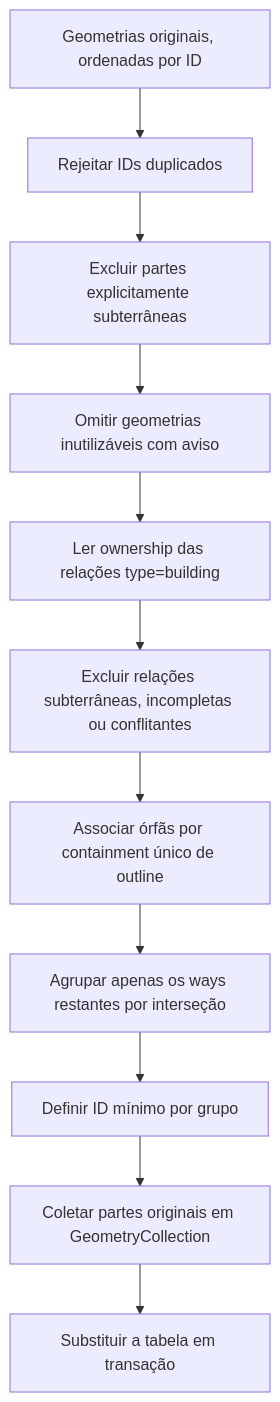
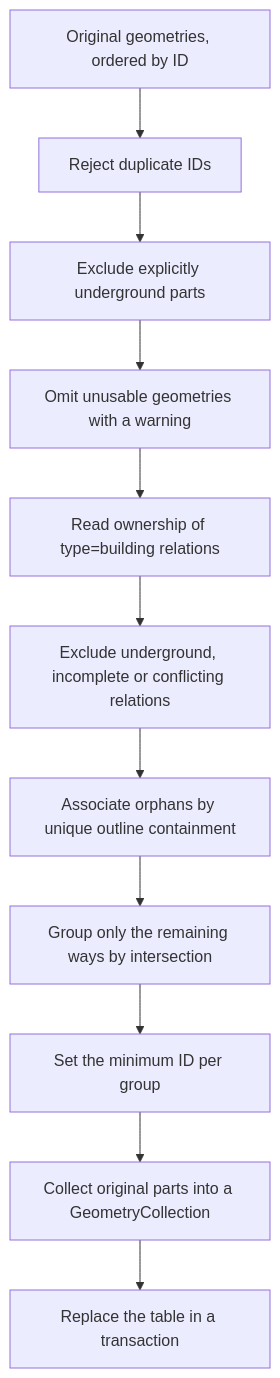
Before and after one commit to urban-toolkit/autark: the third of 3 diagrams in .doc/OSM-IMPORT.md, drawn with Mermaid. The commit also changed other lines of this file, not shown here.

````diff
--- a/.doc/OSM-IMPORT.md
+++ b/.doc/OSM-IMPORT.md
@@ -551,13 +551,13 @@
 ```mermaid
 flowchart TD
-    A[Geometrias originais, ordenadas por ID] --> B[Rejeitar IDs duplicados]
-    B --> C[Excluir partes explicitamente subterrâneas]
-    C --> D[Omitir geometrias inutilizáveis com aviso]
-    D --> E[Ler ownership das relações type=building]
-    E --> F[Excluir relações subterrâneas, incompletas ou conflitantes]
-    F --> G[Associar órfãs por containment único de outline]
-    G --> H[Agrupar apenas os ways restantes por interseção]
-    H --> I[Definir ID mínimo por grupo]
-    I --> J[Coletar partes originais em GeometryCollection]
-    J --> K[Substituir a tabela em transação]
+    A[Original geometries, ordered by ID] --> B[Reject duplicate IDs]
+    B --> C[Exclude explicitly underground parts]
+    C --> D[Omit unusable geometries with a warning]
+    D --> E[Read ownership of type=building relations]
+    E --> F[Exclude underground, incomplete or conflicting relations]
+    F --> G[Associate orphans by unique outline containment]
+    G --> H[Group only the remaining ways by intersection]
+    H --> I[Set the minimum ID per group]
+    I --> J[Collect original parts into a GeometryCollection]
+    J --> K[Replace the table in a transaction]
 ```
````
